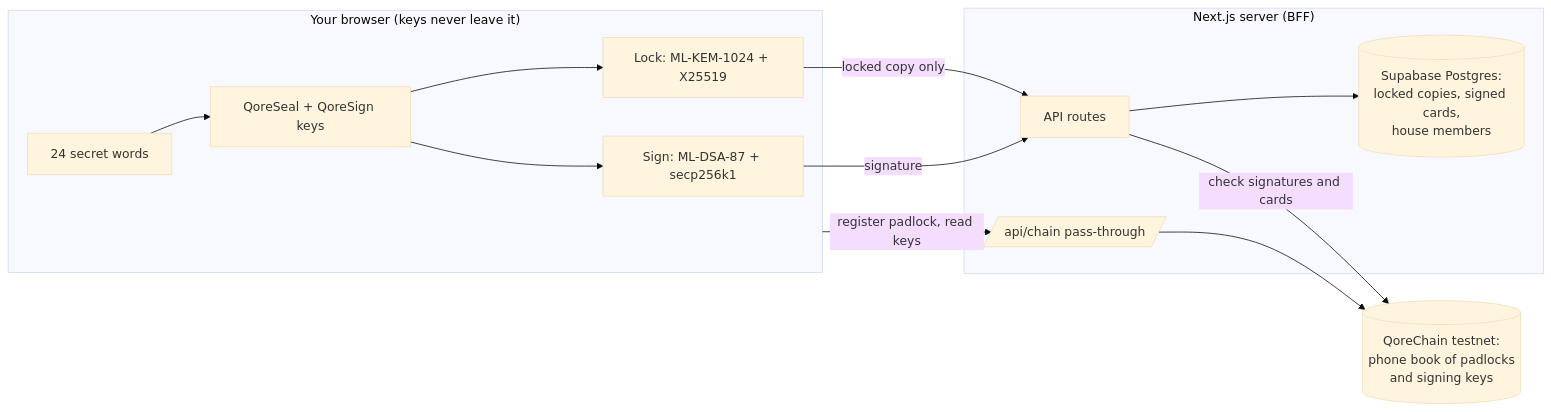
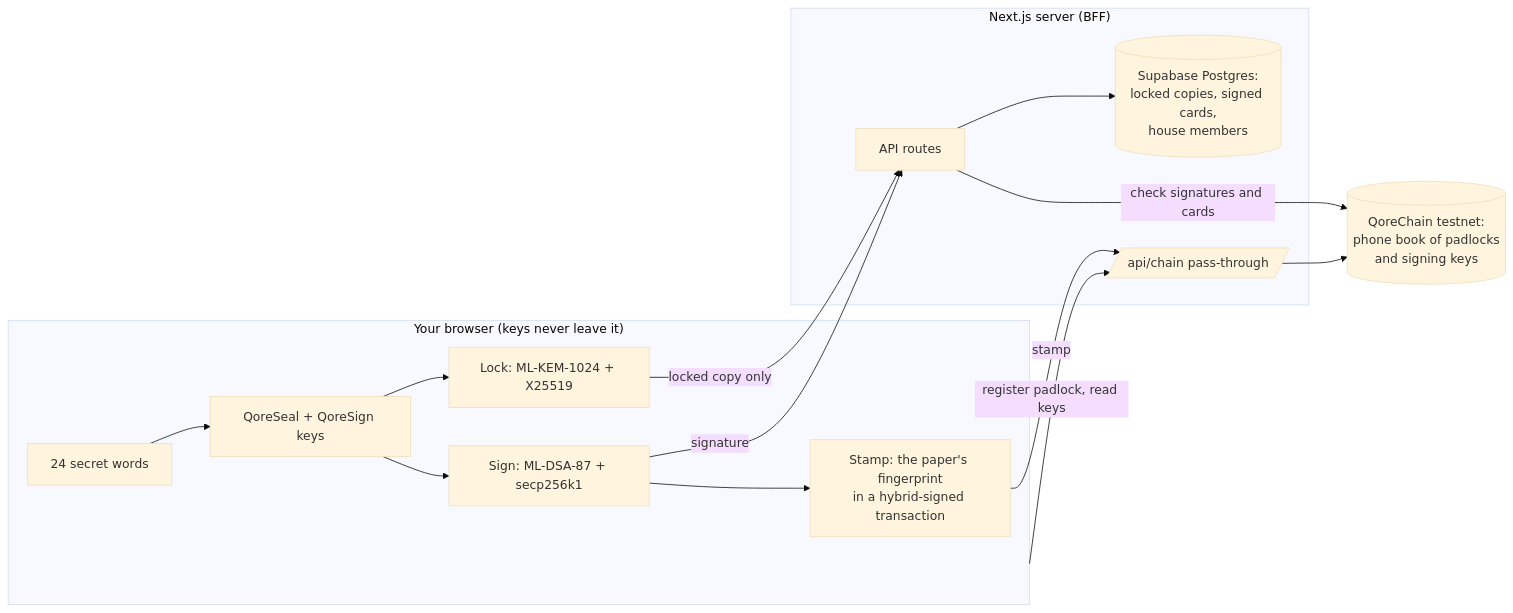
Before and after one commit to ervhint/lockhouse: the diagram in README.md, drawn with Mermaid (base theme). The commit also changed other lines of this file and 32 other files, not shown here.

First line of the commit message:
Add U11: stamp every paper on QoreChain; split House into House, Members and Papers

````diff
--- a/README.md
+++ b/README.md
@@ -34,17 +34,19 @@
 ```mermaid
 flowchart LR
   subgraph Browser["Your browser (keys never leave it)"]
     W[24 secret words] --> K[QoreSeal + QoreSign keys]
     K --> L[Lock: ML-KEM-1024 + X25519]
     K --> S[Sign: ML-DSA-87 + secp256k1]
+    S --> T[Stamp: the paper's fingerprint<br/>in a hybrid-signed transaction]
   end
   subgraph Server["Next.js server (BFF)"]
     A[API routes] --> DB[(Supabase Postgres:<br/>locked copies, signed cards,<br/>house members)]
     P[/api/chain pass-through/]
   end
   Chain[(QoreChain testnet:<br/>phone book of padlocks<br/>and signing keys)]
   L -- locked copy only --> A
   S -- signature --> A
   A -- check signatures and cards --> Chain
   Browser -- register padlock, read keys --> P --> Chain
+  T -- stamp --> P
 ```
````
